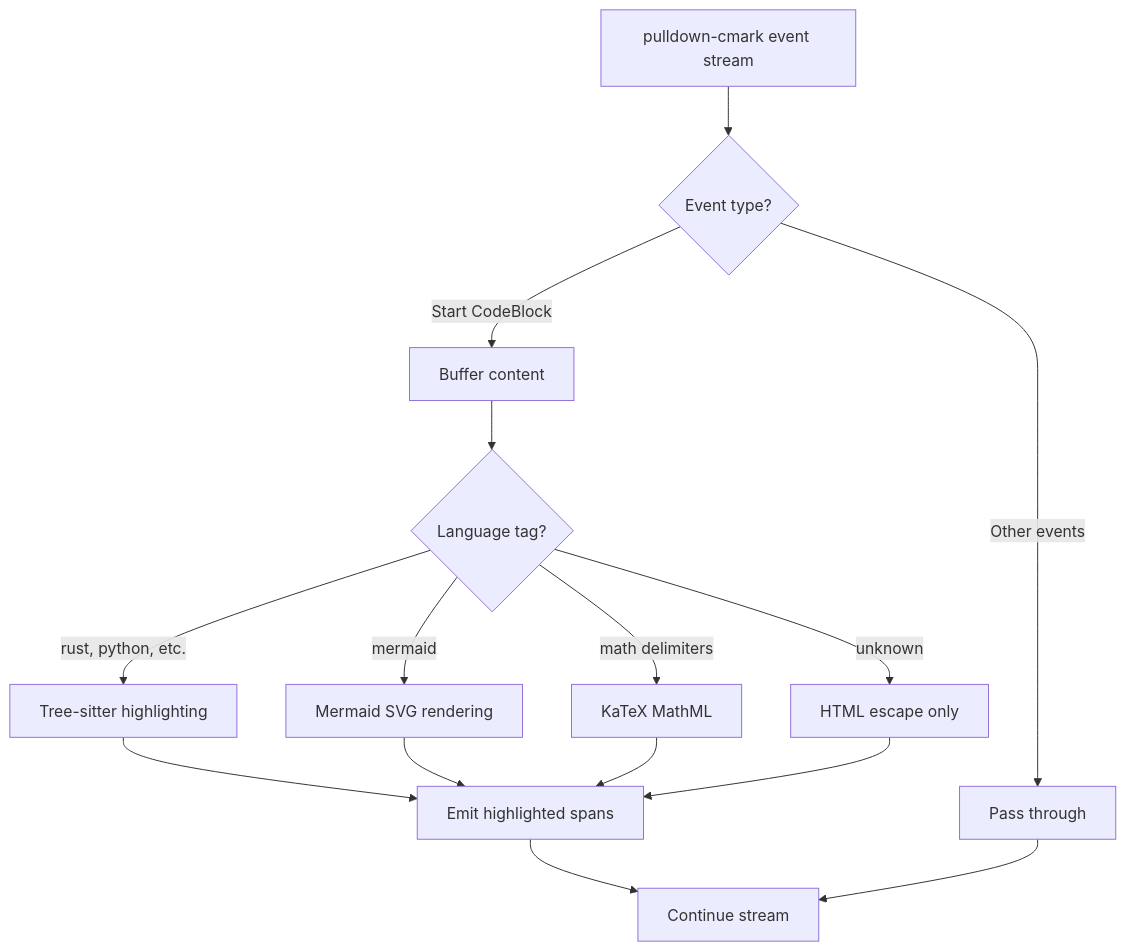
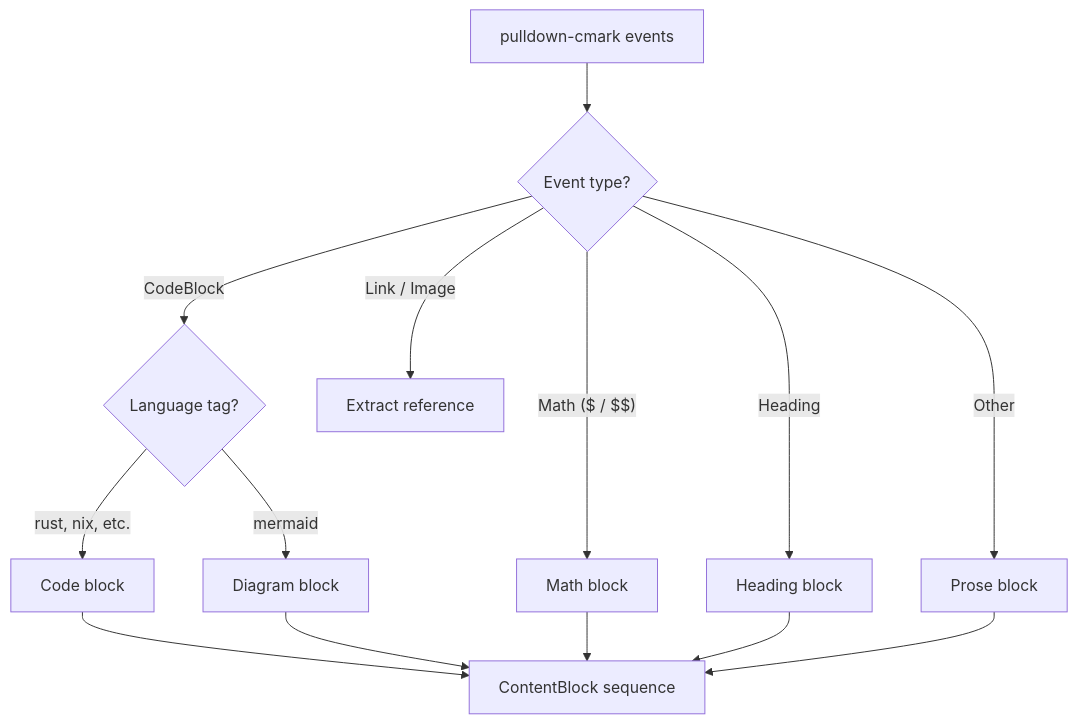
The second of 2 diagrams in docs/content/architecture.md (woile/sukr), drawn with Mermaid before and after one commit. The commit also changed other lines of this file and 2 other files, not shown here.

First line of the commit message:
docs: update architecture and templates pages

````diff
--- a/docs/content/architecture.md
+++ b/docs/content/architecture.md
@@ -47,17 +53,15 @@
 ```mermaid
 flowchart TD
-    A[pulldown-cmark event stream] --> B{Event type?}
-    B -->|Start CodeBlock| C[Buffer content]
-    C --> D{Language tag?}
-    D -->|rust, python, etc.| E[Tree-sitter highlighting]
-    D -->|mermaid| F[Mermaid SVG rendering]
-    D -->|math delimiters| G[KaTeX MathML]
-    D -->|unknown| H[HTML escape only]
-    E --> I[Emit highlighted spans]
-    F --> I
-    G --> I
-    H --> I
-    B -->|Other events| J[Pass through]
-    I --> K[Continue stream]
-    J --> K
+    A[pulldown-cmark events] --> B{Event type?}
+
+    B -->|CodeBlock| C{Language tag?}
+    C -->|"rust, nix, etc."| D[Code block]
+    C -->|mermaid| E[Diagram block]
+
+    B -->|"Math ($ / $$)"| F[Math block]
+    B -->|Heading| G[Heading block]
+    B -->|Link / Image| H[Extract reference]
+    B -->|Other| I[Prose block]
+
+    D & E & F & G & I --> J[ContentBlock sequence]
 ```
````
